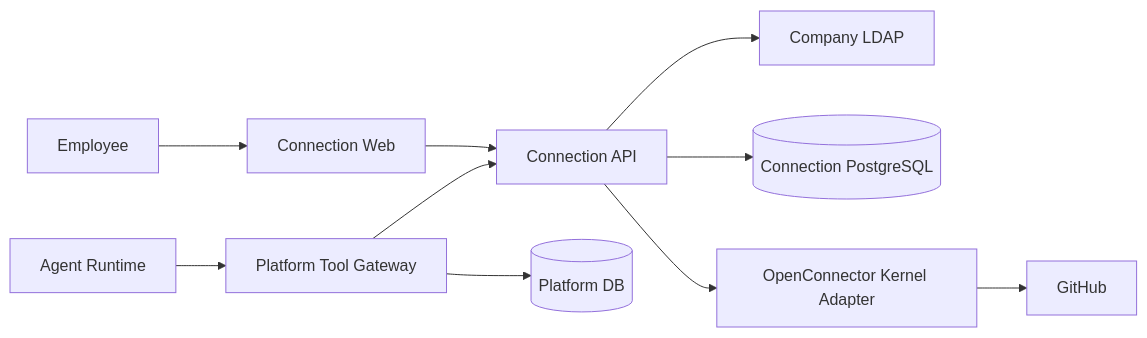
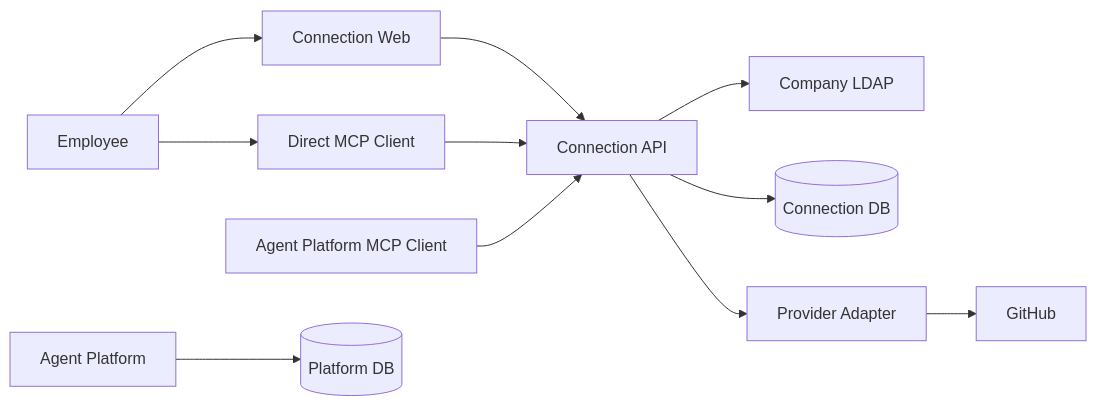
The first of 2 diagrams in docs/architecture/HLD-connection-M1.md (AgoraIO-Extensions/agent-infra), drawn with Mermaid before and after one commit. The commit also changed other lines of this file and 3 other files, not shown here.

First line of the commit message:
docs(connection): align direct MCP authority (#609)

````diff
--- a/docs/architecture/HLD-connection-M1.md
+++ b/docs/architecture/HLD-connection-M1.md
@@ -49,13 +20,13 @@
 ```mermaid
 flowchart LR
     U[Employee] --> CW[Connection Web]
+    U --> MC[Direct MCP Client]
     CW --> CA[Connection API]
+    MC --> CA
     CA --> LDAP[Company LDAP]
-    CA --> CD[(Connection PostgreSQL)]
-    CA --> K[OpenConnector Kernel Adapter]
+    CA --> CD[(Connection DB)]
+    CA --> K[Provider Adapter]
     K --> GH[GitHub]
-
-    A[Agent Runtime] --> PTG[Platform Tool Gateway]
-    PTG --> CA
-    PTG --> PD[(Platform DB)]
+    AR[Agent Platform MCP Client] --> CA
+    AP[Agent Platform] --> PD[(Platform DB)]
 ```
````
